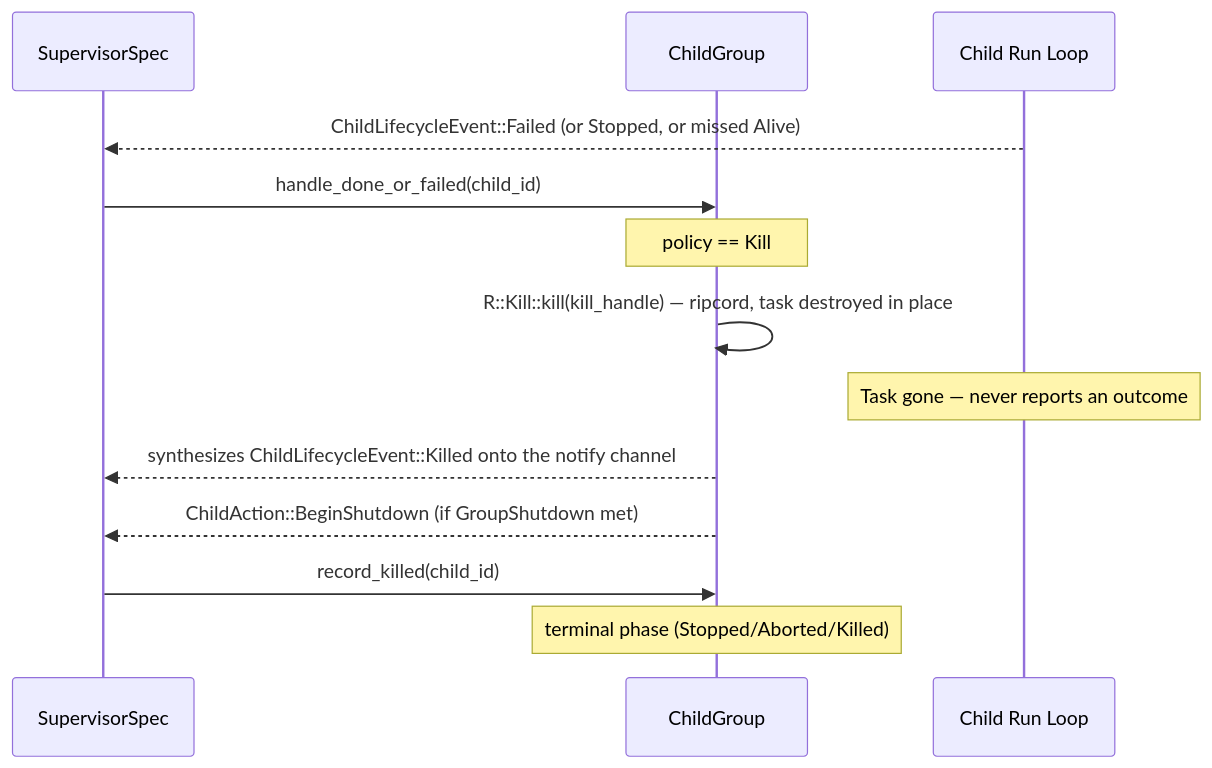
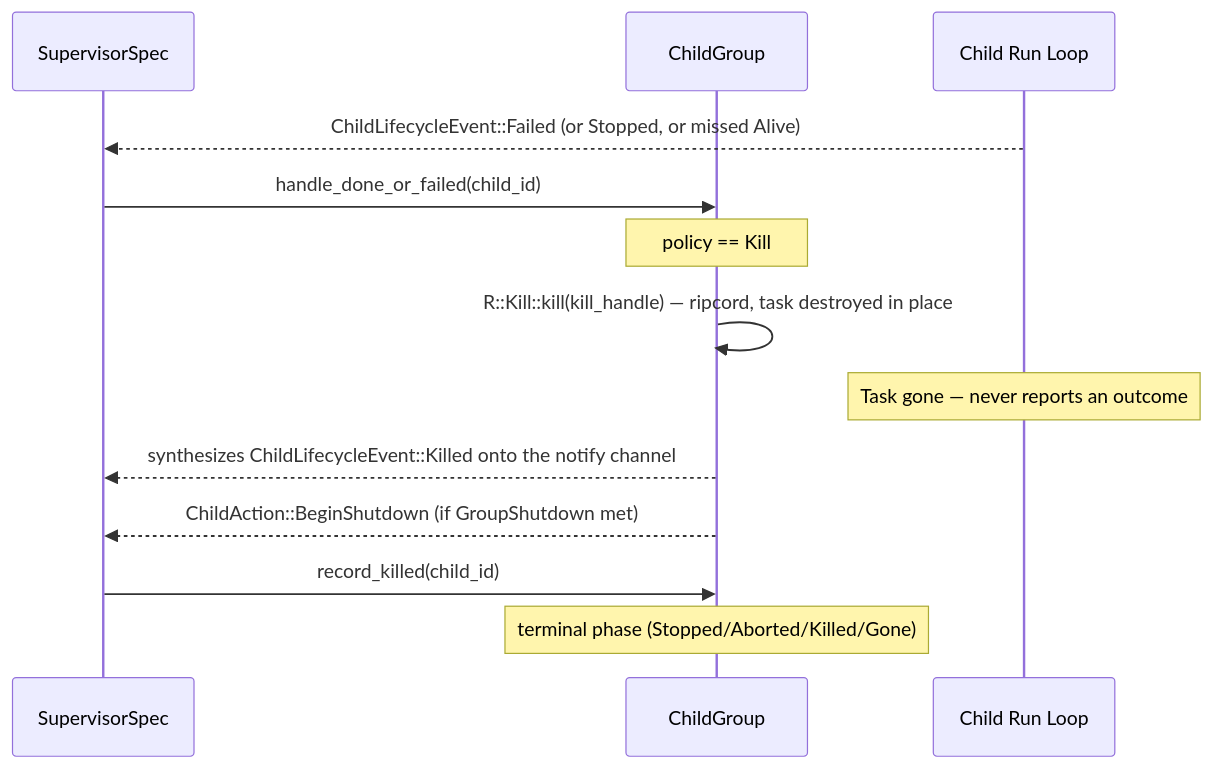
The third of 4 diagrams in spec/architecture/08-supervision.md (bloxide-com/bloxide), drawn with Mermaid before and after one commit. The commit also changed other lines of this file and 36 other files, not shown here.

````diff
--- a/spec/architecture/08-supervision.md
+++ b/spec/architecture/08-supervision.md
@@ -540,16 +617,16 @@
 ```mermaid
 sequenceDiagram
     participant Sup as SupervisorSpec
     participant CG as ChildGroup
     participant RT as Child Run Loop
 
     RT-->>Sup: ChildLifecycleEvent::Failed (or Stopped, or missed Alive)
     Sup->>CG: handle_done_or_failed(child_id)
     Note over CG: policy == Kill
     CG->>CG: R::Kill::kill(kill_handle) — ripcord, task destroyed in place
     Note over RT: Task gone — never reports an outcome
     CG-->>Sup: synthesizes ChildLifecycleEvent::Killed onto the notify channel
     CG-->>Sup: ChildAction::BeginShutdown (if GroupShutdown met)
     Sup->>CG: record_killed(child_id)
-    Note over CG: terminal phase (Stopped/Aborted/Killed)
+    Note over CG: terminal phase (Stopped/Aborted/Killed/Gone)
 ```
````
